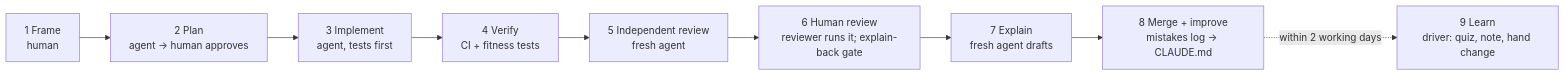
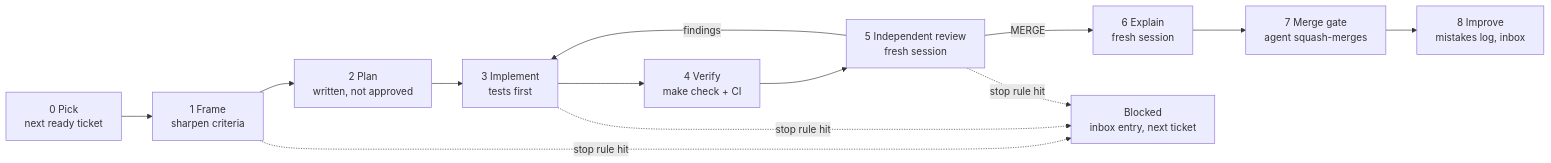
The diagram in docs/AI_AGENT_PLAYBOOK.md (JamesSoh2000/Condo-app-revised), drawn with Mermaid before and after one commit. The commit also changed other lines of this file and 76 other files, not shown here.

````diff
--- a/docs/AI_AGENT_PLAYBOOK.md
+++ b/docs/AI_AGENT_PLAYBOOK.md
@@ -21,11 +18,13 @@
 ```mermaid
 flowchart LR
-    F[1 Frame<br/>human] --> P[2 Plan<br/>agent → human approves]
-    P --> I[3 Implement<br/>agent, tests first]
-    I --> V[4 Verify<br/>CI + fitness tests]
-    V --> R[5 Independent review<br/>fresh agent]
-    R --> H[6 Human review<br/>reviewer runs it; explain-back gate]
-    H --> E[7 Explain<br/>fresh agent drafts]
-    E --> M[8 Merge + improve<br/>mistakes log → CLAUDE.md]
-    M -.->|within 2 working days| L[9 Learn<br/>driver: quiz, note, hand change]
+    S[0 Pick<br/>next ready ticket] --> F[1 Frame<br/>sharpen criteria]
+    F --> P[2 Plan<br/>written, not approved]
+    P --> I[3 Implement<br/>tests first]
+    I --> V[4 Verify<br/>make check + CI]
+    V --> R[5 Independent review<br/>fresh session]
+    R -->|findings| I
+    R -->|MERGE| E[6 Explain<br/>fresh session]
+    E --> M[7 Merge gate<br/>agent squash-merges]
+    M --> L[8 Improve<br/>mistakes log, inbox]
+    F & I & R -.->|stop rule hit| B[Blocked<br/>inbox entry, next ticket]
 ```
````
